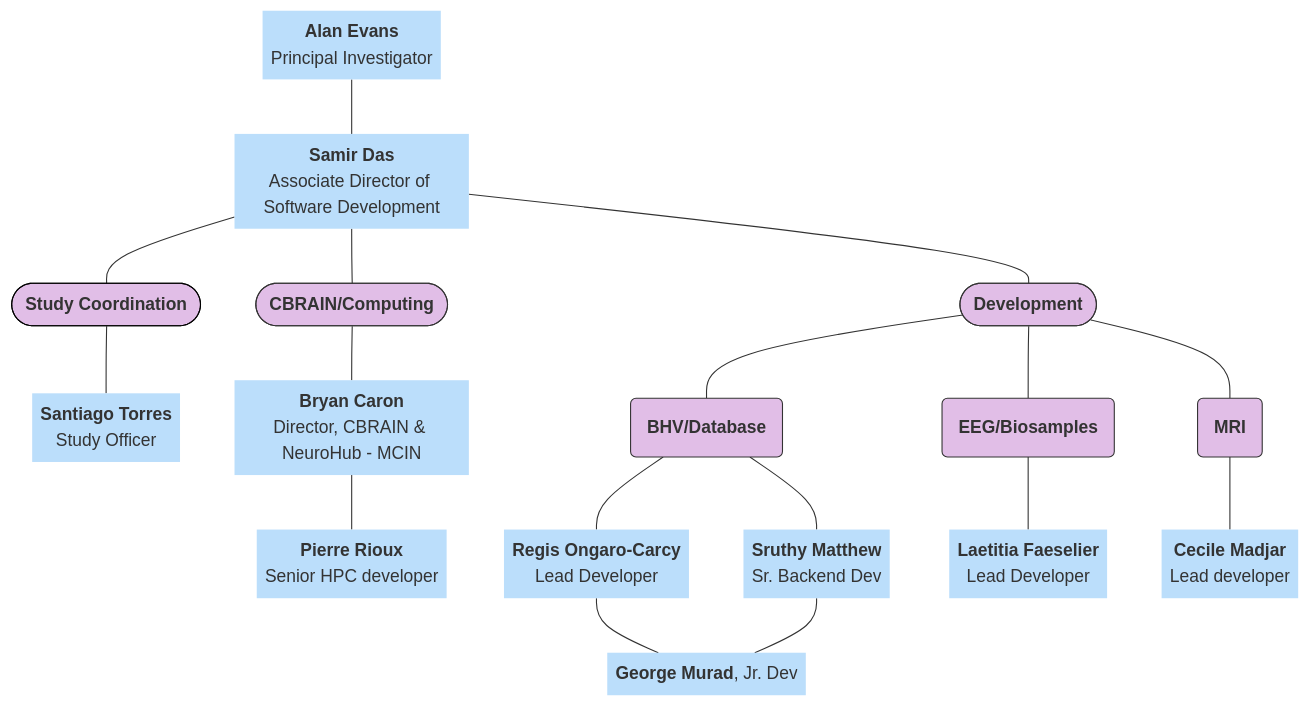
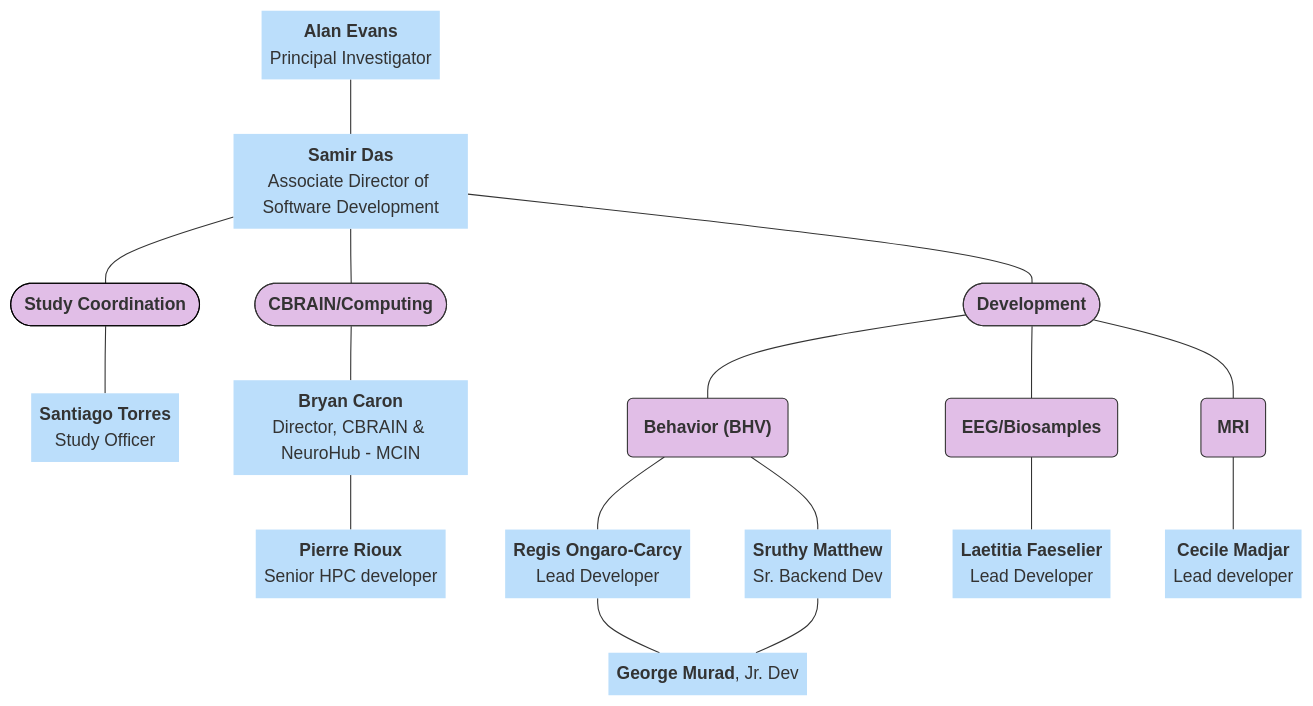
Before and after one commit to DCAN-Labs/hbcd-docs-internal: the second of 10 diagrams in docs/orgcharts.md, drawn with Mermaid. The commit also changed 1 other file, not shown here.

````diff
--- a/docs/orgcharts.md
+++ b/docs/orgcharts.md
@@ -86,56 +86,56 @@
 ```mermaid
 ---
 config:
   layout: dagre
 ---
 flowchart TB
     A["<b>Alan Evans</b><br>Principal Investigator"] --- nl["<b>Samir Das</b><br>Associate Director of Software Development"]
     nl --- n9(["<b>Study Coordination</b>"]) & C(["<b>CBRAIN/Computing</b>"]) & B(["<b>Development</b>"])
     C --- n12["<b>Bryan Caron</b><br>Director, CBRAIN &amp; NeuroHub - MCIN"]
     n9 --- E["<b>Santiago Torres</b><br>Study Officer"]
-    B --- F["<b>BHV/Database</b>"] & H["<b>EEG/Biosamples</b>"] & G["<b>MRI</b>"]
+    B --- F["<b>Behavior (BHV)</b>"] & H["<b>EEG/Biosamples</b>"] & G["<b>MRI</b>"]
     F --- I["<b>Regis Ongaro-Carcy</b><br>Lead Developer"] & n10["<b>Sruthy Matthew</b><br>Sr. Backend Dev"]
     G --- L["<b>Cecile Madjar</b><br>Lead developer"]
     H --- M["<b>Laetitia Faeselier</b><br>Lead Developer"]
     n10 --- n11["<b>George Murad</b>, Jr. Dev"]
     I --- n11
     n12 --- D["<b>Pierre Rioux</b><br>Senior HPC developer"]
     A@{ shape: text}
     nl@{ shape: text}
     n12@{ shape: text}
     E@{ shape: text}
     F@{ shape: rounded}
     H@{ shape: rounded}
     G@{ shape: rounded}
     I@{ shape: text}
     n10@{ shape: text}
     L@{ shape: text}
     M@{ shape: text}
     n11@{ shape: text}
     D@{ shape: text}
     style A stroke:#000000,fill:#BBDEFB
     style nl stroke:#000000,fill:#BBDEFB
     style n9 stroke:#000000,fill:#E1BEE7
     style C stroke:#333,fill:#E1BEE7
     style B stroke:#333,fill:#E1BEE7
     style n12 fill:#BBDEFB
     style E stroke:#333,fill:#BBDEFB
     style F stroke:#333,fill:#E1BEE7
     style H stroke:#333,fill:#E1BEE7
     style G stroke:#333,fill:#E1BEE7
     style I stroke:#333,fill:#BBDEFB
     style n10 fill:#BBDEFB
     style L stroke:#000000,fill:#BBDEFB
     style M fill:#BBDEFB,stroke:#000000
     style n11 fill:#BBDEFB
     style D stroke:#333,fill:#BBDEFB
     click A "#evans"
     click nl "#das"
     click E "#torres"
     click I "#ongaro-carcy"
     click n10 "#matthew"
     click L "#madjar"
     click M "#faeselier"
     click n11 "#murad"
     click D "#rioux"
 ```
````
